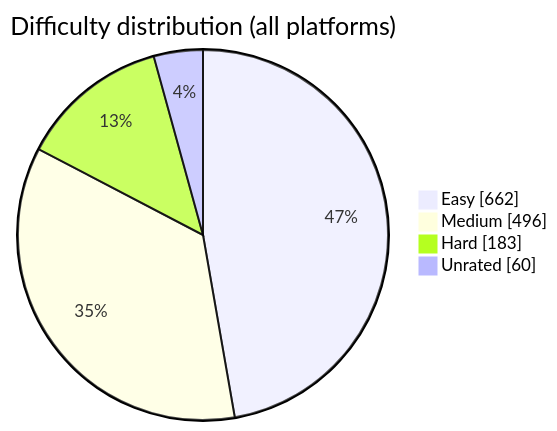
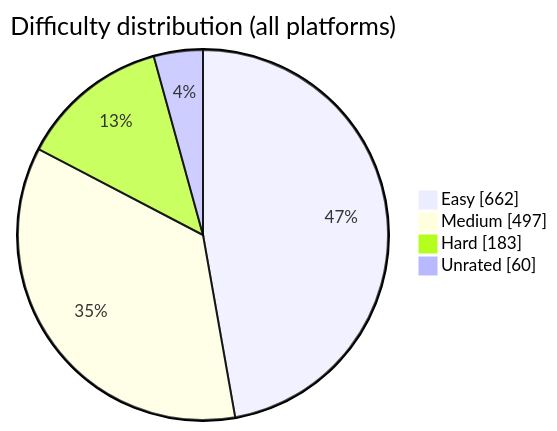
One commit to BuildbyArindam/Daily-Coding-Log changed the diagram in README.md. Above: the diagram before and after it, drawn with Mermaid. The commit also changed other lines of this file, not shown here.

````diff
--- a/README.md
+++ b/README.md
@@ -93,7 +93,7 @@
 ```mermaid
 pie showData title Difficulty distribution (all platforms)
     "Easy" : 662
-    "Medium" : 496
+    "Medium" : 497
     "Hard" : 183
     "Unrated" : 60
 ```
````
